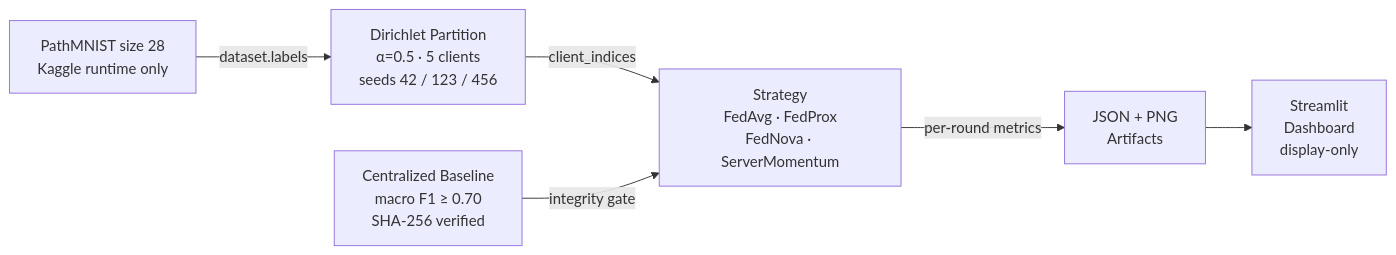
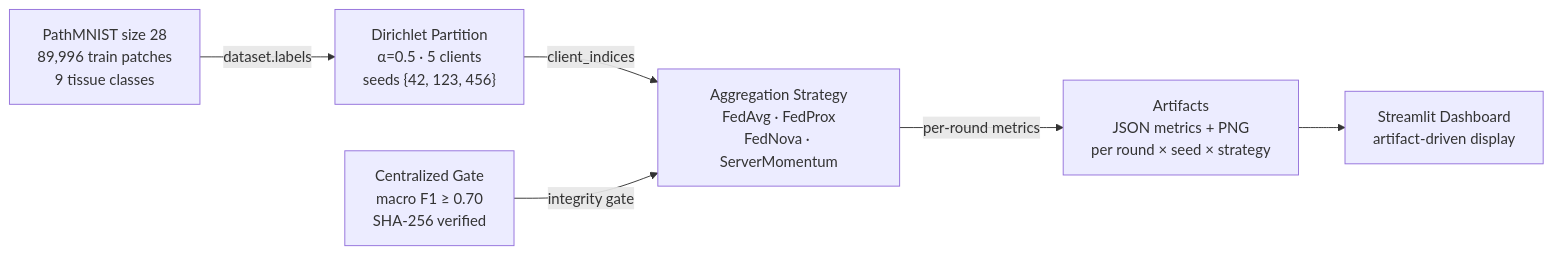
The diagram in README.md (ajinkya-awari/fedscope), drawn with Mermaid before and after one commit. The commit also changed other lines of this file, not shown here.

Commit message:
Upgrade README to research-paper quality: abstract, motivation, Dirichlet rationale, model arch, related work, BibTeX

````diff
--- a/README.md
+++ b/README.md
@@ -74,15 +105,15 @@
 ```mermaid
 flowchart LR
-    DS["PathMNIST size 28\nKaggle runtime only"]
-    PRT["Dirichlet Partition\nα=0.5 · 5 clients\nseeds 42 / 123 / 456"]
-    GATE["Centralized Baseline\nmacro F1 ≥ 0.70\nSHA-256 verified"]
-    STRAT["Strategy\nFedAvg · FedProx\nFedNova · ServerMomentum"]
-    ART["JSON + PNG\nArtifacts"]
-    DASH["Streamlit\nDashboard\ndisplay-only"]
+    DS["PathMNIST size 28<br/>89,996 train patches<br/>9 tissue classes"]
+    PRT["Dirichlet Partition<br/>α=0.5 · 5 clients<br/>seeds {42, 123, 456}"]
+    GATE["Centralized Gate<br/>macro F1 ≥ 0.70<br/>SHA-256 verified"]
+    STRAT["Aggregation Strategy<br/>FedAvg · FedProx<br/>FedNova · ServerMomentum"]
+    ART["Artifacts<br/>JSON metrics + PNG<br/>per round × seed × strategy"]
+    DASH["Streamlit Dashboard<br/>artifact-driven display"]
 
     DS -->|"dataset.labels"| PRT
     PRT -->|"client_indices"| STRAT
     GATE -->|"integrity gate"| STRAT
     STRAT -->|"per-round metrics"| ART
     ART --> DASH
 ```
````
